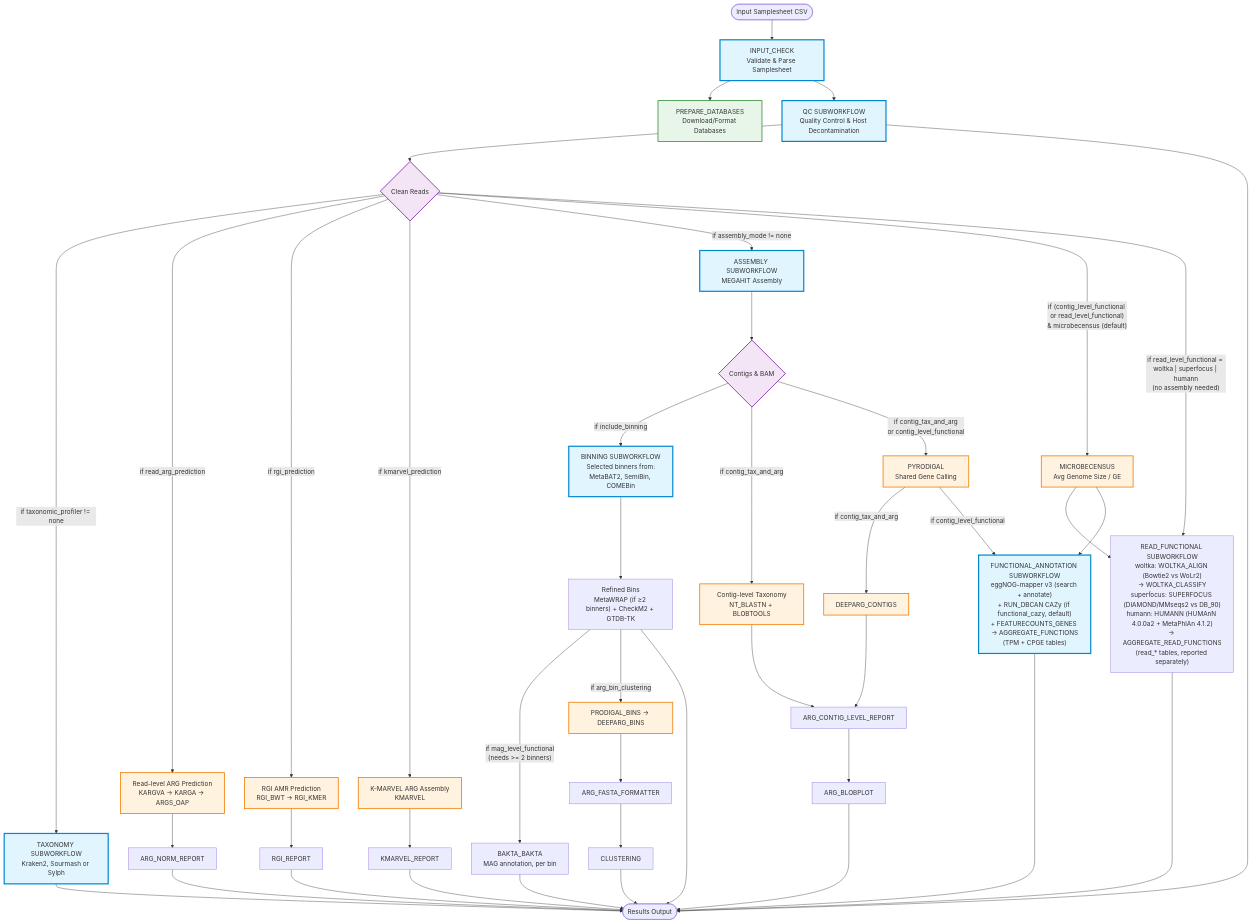
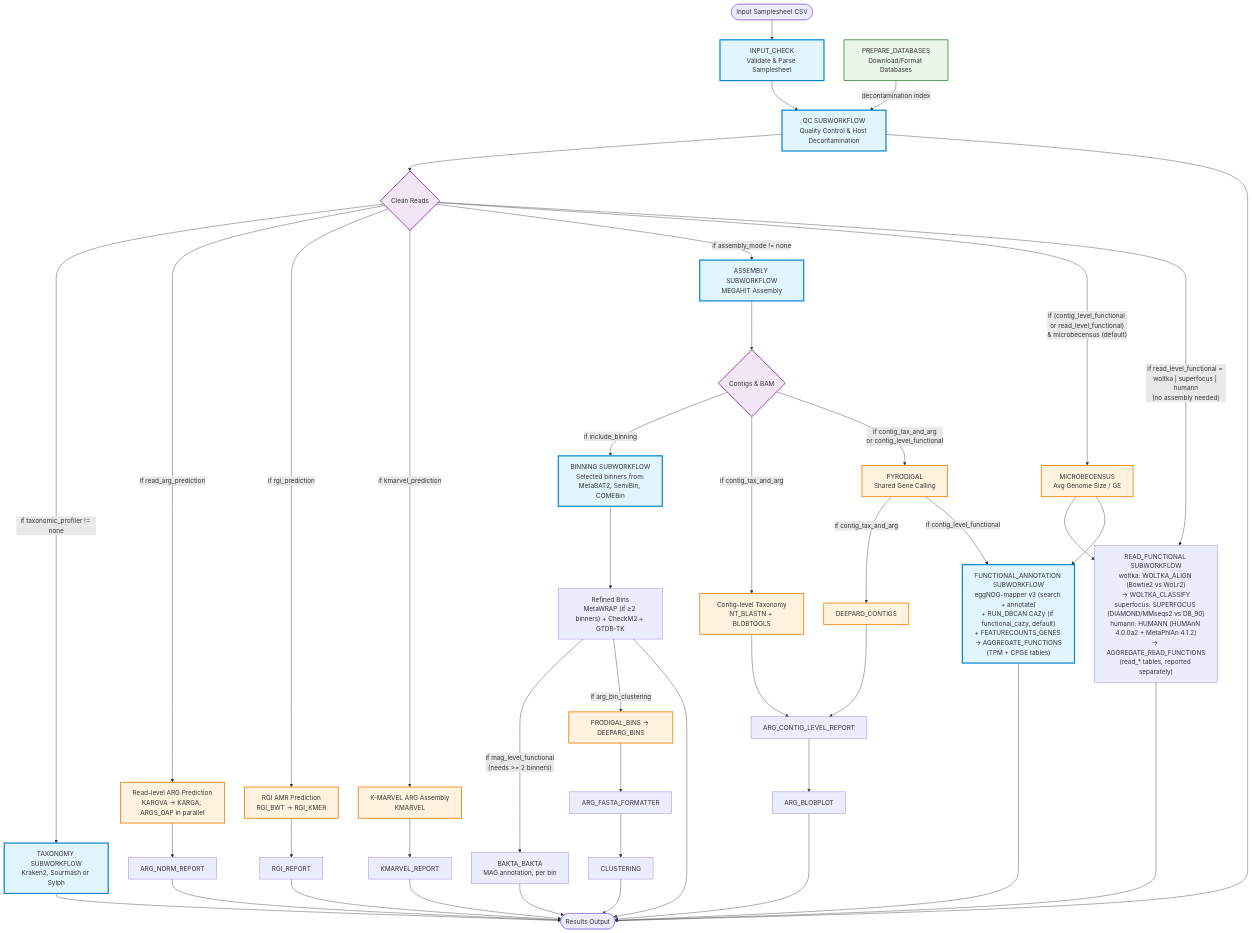
Before and after one commit to gene2dis/BugBuster: the first of 8 diagrams in docs/WORKFLOW_DIAGRAM.md, drawn with Mermaid. The commit also changed other lines of this file and 14 other files, not shown here.

````diff
--- a/docs/WORKFLOW_DIAGRAM.md
+++ b/docs/WORKFLOW_DIAGRAM.md
@@ -10,79 +10,79 @@
 ```mermaid
 flowchart TD
     Start([Input Samplesheet CSV]) --> InputCheck[INPUT_CHECK<br/>Validate & Parse Samplesheet]
     
-    InputCheck --> PrepDB[PREPARE_DATABASES<br/>Download/Format Databases]
+    PrepDB[PREPARE_DATABASES<br/>Download/Format Databases] -->|decontamination index| QC
     InputCheck --> QC
     
     %% Quality Control Branch
     QC[QC SUBWORKFLOW<br/>Quality Control & Host Decontamination] --> CleanReads{Clean Reads}
     
     %% Taxonomy Branch
     CleanReads -->|if taxonomic_profiler != none| Taxonomy[TAXONOMY SUBWORKFLOW<br/>Kraken2, Sourmash or Sylph]
     
     %% Read-level ARG Branch
-    CleanReads -->|if read_arg_prediction| ReadARG[Read-level ARG Prediction<br/>KARGVA → KARGA → ARGS_OAP]
+    CleanReads -->|if read_arg_prediction| ReadARG[Read-level ARG Prediction<br/>KARGVA → KARGA; ARGS_OAP in parallel]
     ReadARG --> ARGNorm[ARG_NORM_REPORT]
 
     %% RGI Branch
     CleanReads -->|if rgi_prediction| RGI[RGI AMR Prediction<br/>RGI_BWT → RGI_KMER]
     RGI --> RGIReport[RGI_REPORT]
 
     %% K-MARVEL Branch
     CleanReads -->|if kmarvel_prediction| KMARVEL[K-MARVEL ARG Assembly<br/>KMARVEL]
     KMARVEL --> KMARVELReport[KMARVEL_REPORT]
     
     %% Assembly Branch
     CleanReads -->|if assembly_mode != none| Assembly[ASSEMBLY SUBWORKFLOW<br/>MEGAHIT Assembly]
     
     Assembly --> Contigs{Contigs & BAM}
     
     %% Binning Branch
     Contigs -->|if include_binning| Binning[BINNING SUBWORKFLOW<br/>Selected binners from:<br/>MetaBAT2, SemiBin, COMEBin]
     Binning --> RefinedBins["Refined Bins<br/>MetaWRAP (if ≥2 binners) + CheckM2 + GTDB-TK"]
     
     %% Contig-level Analysis Branch
     Contigs -->|if contig_tax_and_arg| ContigTax[Contig-level Taxonomy<br/>NT_BLASTN + BLOBTOOLS]
     Contigs -->|"if contig_tax_and_arg<br/>or contig_level_functional"| Pyrodigal[PYRODIGAL<br/>Shared Gene Calling]
     Pyrodigal -->|if contig_tax_and_arg| ContigARG[DEEPARG_CONTIGS]
     ContigTax --> ARGContigReport
     ContigARG --> ARGContigReport[ARG_CONTIG_LEVEL_REPORT]
     ARGContigReport --> ARGBlobplot[ARG_BLOBPLOT]
 
     %% Functional Annotation Branch
     CleanReads -->|"if (contig_level_functional or read_level_functional)<br/>& microbecensus (default)"| MicrobeCensus[MICROBECENSUS<br/>Avg Genome Size / GE]
     CleanReads -->|"if read_level_functional = woltka | superfocus | humann<br/>(no assembly needed)"| ReadFunctional["READ_FUNCTIONAL SUBWORKFLOW<br/>woltka: WOLTKA_ALIGN (Bowtie2 vs WoLr2)<br/>→ WOLTKA_CLASSIFY<br/>superfocus: SUPERFOCUS (DIAMOND/MMseqs2 vs DB_90)<br/>humann: HUMANN (HUMAnN 4.0.0a2 + MetaPhlAn 4.1.2)<br/>→ AGGREGATE_READ_FUNCTIONS<br/>(read_* tables, reported separately)"]
     MicrobeCensus --> ReadFunctional
     Pyrodigal -->|if contig_level_functional| Functional["FUNCTIONAL_ANNOTATION SUBWORKFLOW<br/>eggNOG-mapper v3 (search + annotate)<br/>+ RUN_DBCAN CAZy (if functional_cazy, default)<br/>+ FEATURECOUNTS_GENES → AGGREGATE_FUNCTIONS<br/>(TPM + CPGE tables)"]
     MicrobeCensus --> Functional
     RefinedBins -->|"if mag_level_functional<br/>(needs >= 2 binners)"| Bakta[BAKTA_BAKTA<br/>MAG annotation, per bin]
 
     %% Bin ARG Clustering Branch
     RefinedBins -->|if arg_bin_clustering| BinARG[PRODIGAL_BINS → DEEPARG_BINS]
     BinARG --> ARGFormat[ARG_FASTA_FORMATTER]
     ARGFormat --> Clustering[CLUSTERING]
     
     %% End
     QC --> End([Results Output])
     Taxonomy --> End
     ARGNorm --> End
     RGIReport --> End
     KMARVELReport --> End
     ARGBlobplot --> End
     Clustering --> End
     Functional --> End
     ReadFunctional --> End
     Bakta --> End
     RefinedBins --> End
 
     %% Styling
     classDef subworkflow fill:#e1f5ff,stroke:#0288d1,stroke-width:3px
     classDef module fill:#fff3e0,stroke:#f57c00,stroke-width:2px
     classDef decision fill:#f3e5f5,stroke:#7b1fa2,stroke-width:2px
     classDef database fill:#e8f5e9,stroke:#388e3c,stroke-width:2px
     
     class InputCheck,QC,Taxonomy,Assembly,Binning,Functional subworkflow
     class ReadARG,RGI,KMARVEL,ContigTax,ContigARG,BinARG,Pyrodigal,MicrobeCensus module
     class CleanReads,Contigs decision
     class PrepDB database
 ```
````
